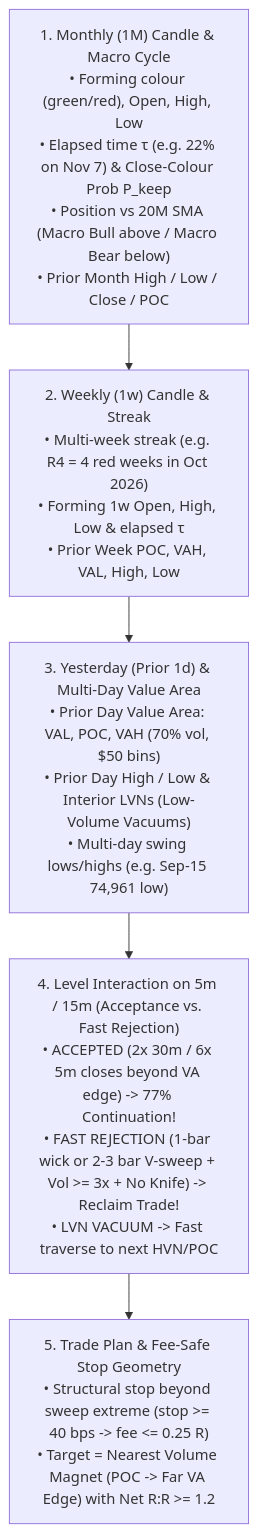
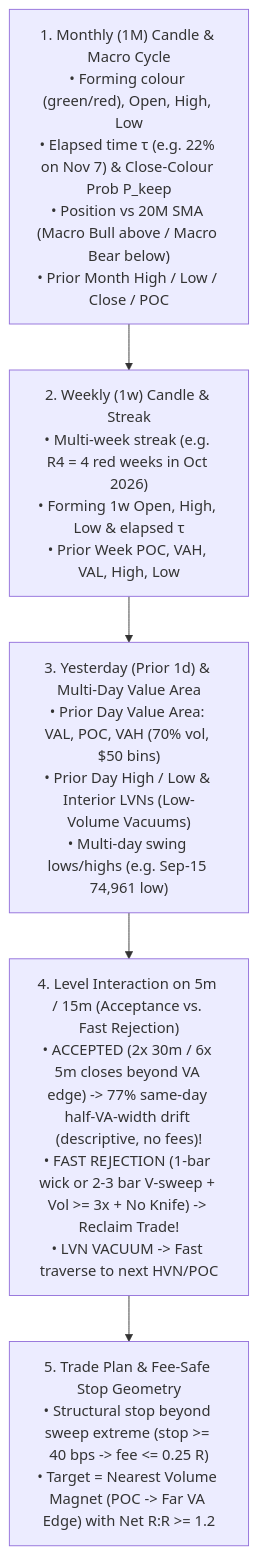
One commit to jishusharma/mts changed the diagram in MyTradingSys/research/tom_fabio_course_correction_2026-11-07/AUDIT_AND_COURSE_CORRECTION.md. Above: the diagram before and after it, drawn with Mermaid. The commit also changed other lines of this file, not shown here.

First line of the commit message:
Restate 77% acceptance in AUDIT as accept80 Event A drift, not a win rate

````diff
--- a/MyTradingSys/research/tom_fabio_course_correction_2026-11-07/AUDIT_AND_COURSE_CORRECTION.md
+++ b/MyTradingSys/research/tom_fabio_course_correction_2026-11-07/AUDIT_AND_COURSE_CORRECTION.md
@@ -47,7 +47,7 @@
 ```mermaid
 flowchart TD
     M["1. Monthly (1M) Candle & Macro Cycle\n• Forming colour (green/red), Open, High, Low\n• Elapsed time τ (e.g. 22% on Nov 7) & Close-Colour Prob P_keep\n• Position vs 20M SMA (Macro Bull above / Macro Bear below)\n• Prior Month High / Low / Close / POC"] --> W["2. Weekly (1w) Candle & Streak\n• Multi-week streak (e.g. R4 = 4 red weeks in Oct 2026)\n• Forming 1w Open, High, Low & elapsed τ\n• Prior Week POC, VAH, VAL, High, Low"]
     W --> D["3. Yesterday (Prior 1d) & Multi-Day Value Area\n• Prior Day Value Area: VAL, POC, VAH (70% vol, $50 bins)\n• Prior Day High / Low & Interior LVNs (Low-Volume Vacuums)\n• Multi-day swing lows/highs (e.g. Sep-15 74,961 low)"]
-    D --> I["4. Level Interaction on 5m / 15m (Acceptance vs. Fast Rejection)\n• ACCEPTED (2x 30m / 6x 5m closes beyond VA edge) -> 77% Continuation!\n• FAST REJECTION (1-bar wick or 2-3 bar V-sweep + Vol >= 3x + No Knife) -> Reclaim Trade!\n• LVN VACUUM -> Fast traverse to next HVN/POC"]
+    D --> I["4. Level Interaction on 5m / 15m (Acceptance vs. Fast Rejection)\n• ACCEPTED (2x 30m / 6x 5m closes beyond VA edge) -> 77% same-day half-VA-width drift (descriptive, no fees)!\n• FAST REJECTION (1-bar wick or 2-3 bar V-sweep + Vol >= 3x + No Knife) -> Reclaim Trade!\n• LVN VACUUM -> Fast traverse to next HVN/POC"]
     I --> T["5. Trade Plan & Fee-Safe Stop Geometry\n• Structural stop beyond sweep extreme (stop >= 40 bps -> fee <= 0.25 R)\n• Target = Nearest Volume Magnet (POC -> Far VA Edge) with Net R:R >= 1.2"]
 ```
````
